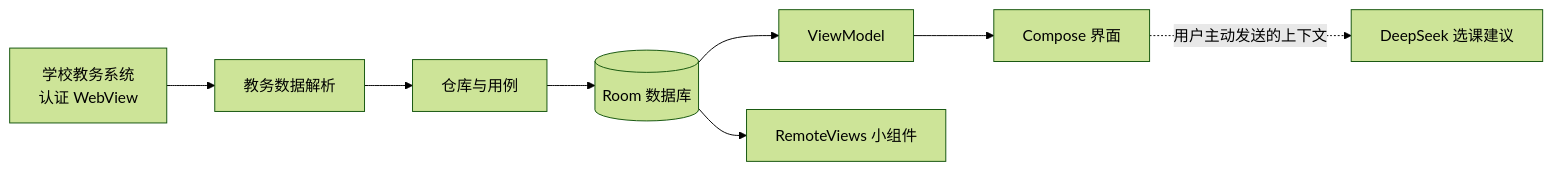
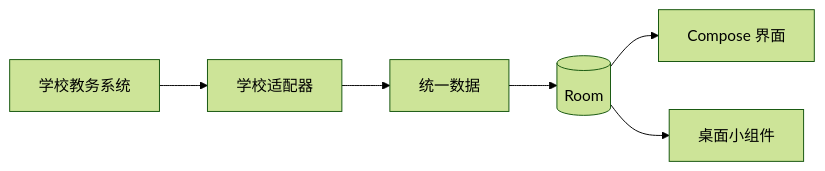
Before and after one commit to huishingcheung/Keshu: the diagram in README.zh-CN.md, drawn with Mermaid (forest theme). The commit also changed other lines of this file and 52 other files, not shown here.

````diff
--- a/README.zh-CN.md
+++ b/README.zh-CN.md
@@ -110,10 +80,8 @@
 ```mermaid
 flowchart LR
-    Portal[学校教务系统<br/>认证 WebView] --> Parser[教务数据解析]
-    Parser --> Repository[仓库与用例]
-    Repository --> Room[(Room 数据库)]
-    Room --> ViewModel[ViewModel]
-    ViewModel --> UI[Compose 界面]
-    Room --> Widgets[RemoteViews 小组件]
-    UI -. 用户主动发送的上下文 .-> Advisor[DeepSeek 选课建议]
+    Portal[学校教务系统] --> Adapter[学校适配器]
+    Adapter --> Model[统一数据]
+    Model --> Room[(Room)]
+    Room --> UI[Compose 界面]
+    Room --> Widgets[桌面小组件]
 ```
````
